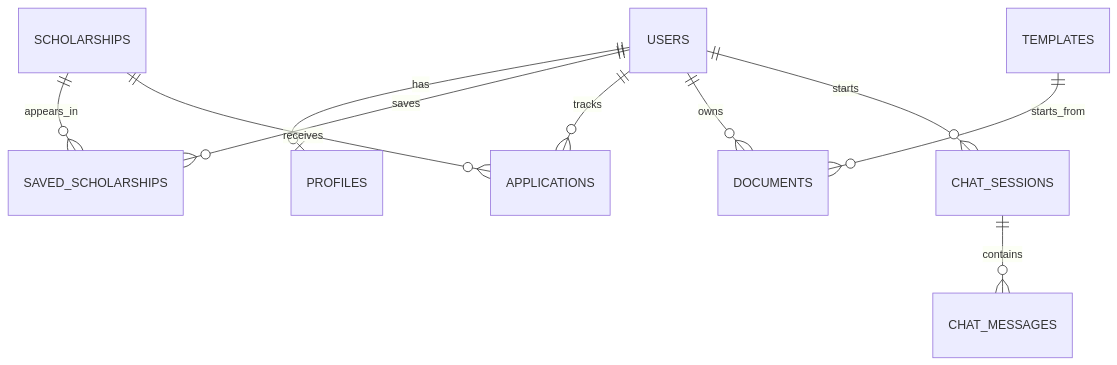
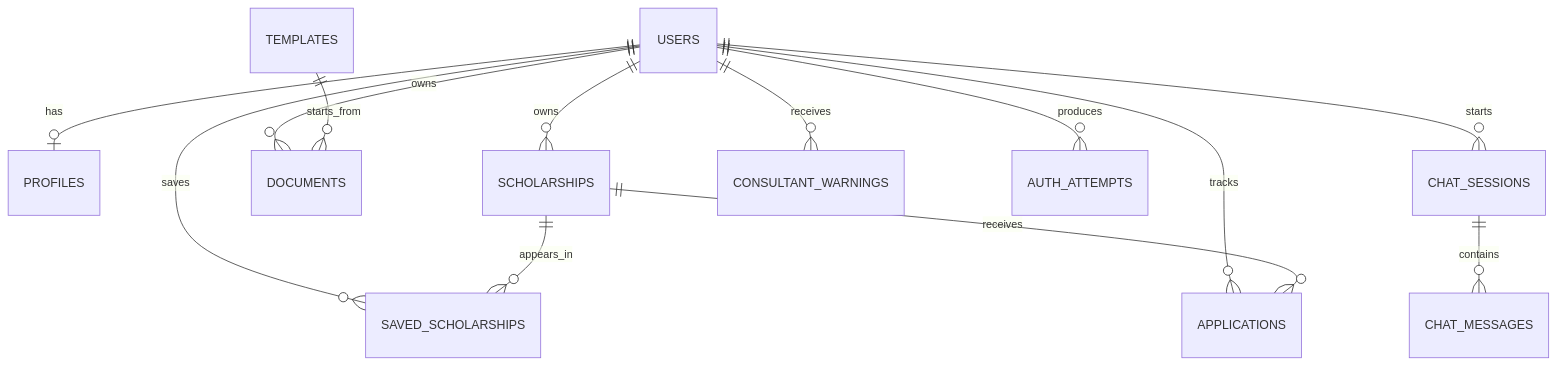
One commit to Khair-Ullah/Scholario-ai-fork changed the diagram in docs/DATABASE.md. Above: the diagram before and after it, drawn with Mermaid. The commit also changed other lines of this file and 80 other files, not shown here.

````diff
--- a/docs/DATABASE.md
+++ b/docs/DATABASE.md
@@ -7,12 +14,15 @@
 ```mermaid
 erDiagram
   USERS ||--o| PROFILES : has
   USERS ||--o{ SAVED_SCHOLARSHIPS : saves
   SCHOLARSHIPS ||--o{ SAVED_SCHOLARSHIPS : appears_in
   USERS ||--o{ APPLICATIONS : tracks
   SCHOLARSHIPS ||--o{ APPLICATIONS : receives
   USERS ||--o{ DOCUMENTS : owns
   TEMPLATES ||--o{ DOCUMENTS : starts_from
   USERS ||--o{ CHAT_SESSIONS : starts
   CHAT_SESSIONS ||--o{ CHAT_MESSAGES : contains
+  USERS ||--o{ SCHOLARSHIPS : owns
+  USERS ||--o{ CONSULTANT_WARNINGS : receives
+  USERS ||--o{ AUTH_ATTEMPTS : produces
 ```
````
